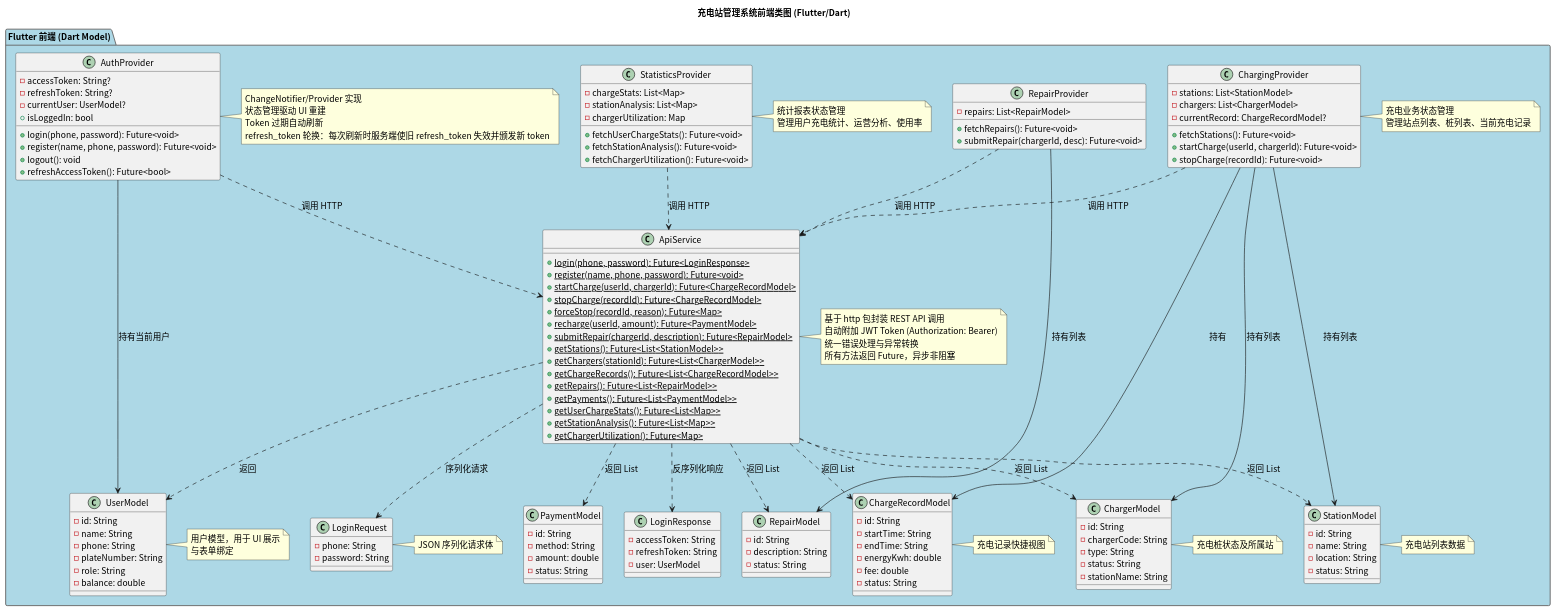
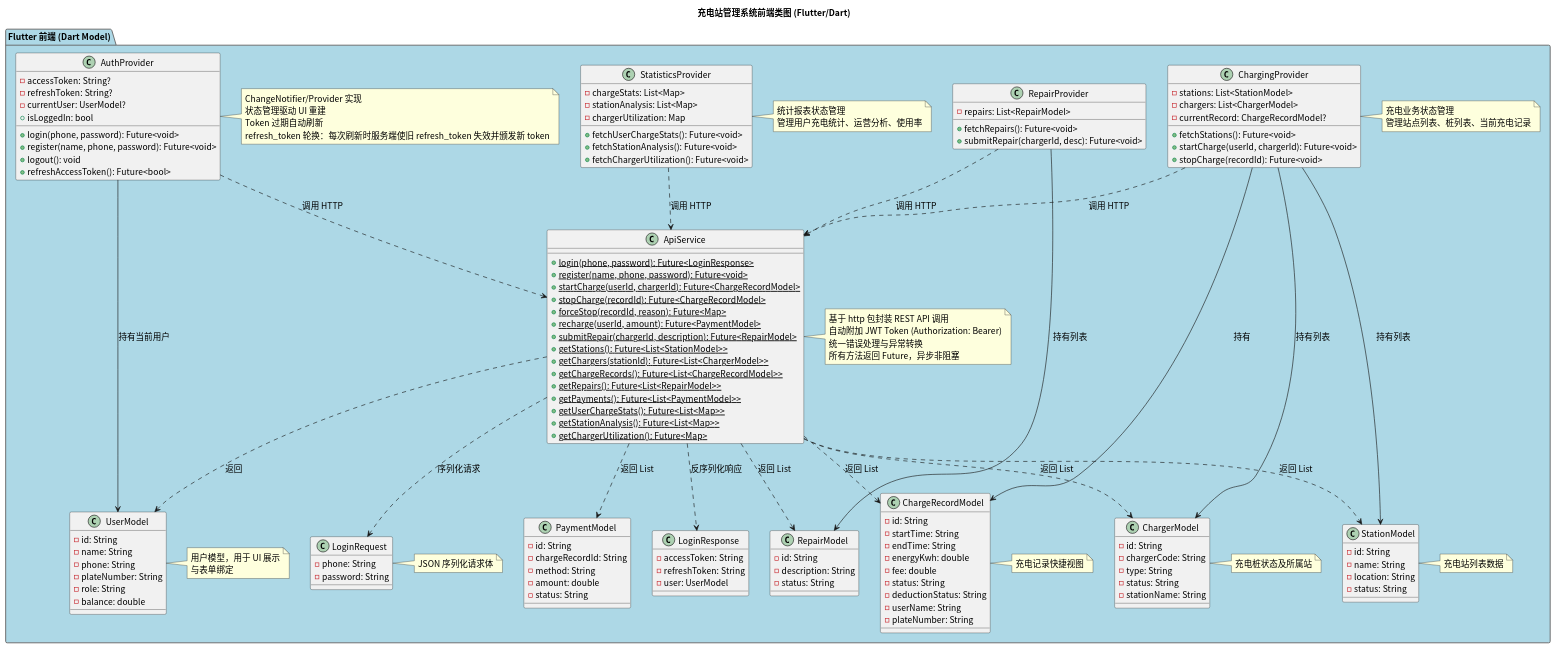
Before and after one commit to greenhandzdl/charging-station-doc: the diagram in class/src/frontend_class_diagram.puml, drawn with PlantUML. The commit also changed 30 other files, not shown here.

First line of the commit message:
fix: 架构评估修复 — 状态图/ER图/用例图修正、安全漏洞修复

```diff
--- a/class/src/frontend_class_diagram.puml
+++ b/class/src/frontend_class_diagram.puml
@@ -1,152 +1,156 @@
 @startuml
 skinparam defaultFontName "Noto Sans CJK SC"
 skinparam defaultFontSize 14
 title 充电站管理系统前端类图 (Flutter/Dart)
 skinparam package {
   BackgroundColor #F0F0F0
   BorderColor #666666
 }
 
 package "Flutter 前端 (Dart Model)" as FE #ADD8E6 {
 
   class "UserModel" as FUser {
     - id: String
     - name: String
     - phone: String
     - plateNumber: String
     - role: String
     - balance: double
   }
   note right of FUser : 用户模型，用于 UI 展示\n与表单绑定
 
   class "StationModel" as FStation {
     - id: String
     - name: String
     - location: String
     - status: String
   }
   note right of FStation : 充电站列表数据
 
   class "ChargerModel" as FCharger {
     - id: String
     - chargerCode: String
     - type: String
     - status: String
     - stationName: String
   }
   note right of FCharger : 充电桩状态及所属站
 
   class "ChargeRecordModel" as FCRecord {
     - id: String
     - startTime: String
     - endTime: String
     - energyKwh: double
     - fee: double
     - status: String
+    - deductionStatus: String
+    - userName: String
+    - plateNumber: String
   }
   note right of FCRecord : 充电记录快捷视图
 
   class "PaymentModel" as FPayment {
     - id: String
+    - chargeRecordId: String
     - method: String
     - amount: double
     - status: String
   }
 
   class "RepairModel" as FRepair {
     - id: String
     - description: String
     - status: String
   }
 
   class "LoginRequest" as LoginReq {
     - phone: String
     - password: String
   }
   note right of LoginReq : JSON 序列化请求体
 
   class "LoginResponse" as LoginResp {
     - accessToken: String
     - refreshToken: String
     - user: UserModel
   }
 
   class "ApiService" as Api {
     + {static} login(phone, password): Future<LoginResponse>
     + {static} register(name, phone, password): Future<void>
     + {static} startCharge(userId, chargerId): Future<ChargeRecordModel>
     + {static} stopCharge(recordId): Future<ChargeRecordModel>
     + {static} forceStop(recordId, reason): Future<Map>
     + {static} recharge(userId, amount): Future<PaymentModel>
     + {static} submitRepair(chargerId, description): Future<RepairModel>
     + {static} getStations(): Future<List<StationModel>>
     + {static} getChargers(stationId): Future<List<ChargerModel>>
     + {static} getChargeRecords(): Future<List<ChargeRecordModel>>
     + {static} getRepairs(): Future<List<RepairModel>>
     + {static} getPayments(): Future<List<PaymentModel>>
     + {static} getUserChargeStats(): Future<List<Map>>
     + {static} getStationAnalysis(): Future<List<Map>>
     + {static} getChargerUtilization(): Future<Map>
   }
   note right of Api : 基于 http 包封装 REST API 调用\n自动附加 JWT Token (Authorization: Bearer)\n统一错误处理与异常转换\n所有方法返回 Future，异步非阻塞
 
   class "AuthProvider" as Auth {
     - accessToken: String?
     - refreshToken: String?
     - currentUser: UserModel?
     + login(phone, password): Future<void>
     + register(name, phone, password): Future<void>
     + logout(): void
     + refreshAccessToken(): Future<bool>
     + isLoggedIn: bool
   }
   note right of Auth : ChangeNotifier/Provider 实现\n状态管理驱动 UI 重建\nToken 过期自动刷新\nrefresh_token 轮换：每次刷新时服务端使旧 refresh_token 失效并颁发新 token
 
   class "ChargingProvider" as CP {
     - stations: List<StationModel>
     - chargers: List<ChargerModel>
     - currentRecord: ChargeRecordModel?
     + fetchStations(): Future<void>
     + startCharge(userId, chargerId): Future<void>
     + stopCharge(recordId): Future<void>
   }
   note right of CP : 充电业务状态管理\n管理站点列表、桩列表、当前充电记录
 
   class "RepairProvider" as RP {
     - repairs: List<RepairModel>
     + fetchRepairs(): Future<void>
     + submitRepair(chargerId, desc): Future<void>
   }
 
   class "StatisticsProvider" as StatsP {
     - chargeStats: List<Map>
     - stationAnalysis: List<Map>
     - chargerUtilization: Map
     + fetchUserChargeStats(): Future<void>
     + fetchStationAnalysis(): Future<void>
     + fetchChargerUtilization(): Future<void>
   }
   note right of StatsP : 统计报表状态管理\n管理用户充电统计、运营分析、使用率
 }
 
 ' ===== 关联关系 =====
 Api ..> LoginReq : 序列化请求
 Api ..> LoginResp : 反序列化响应
 Api ..> FStation : 返回 List
 Api ..> FCharger : 返回 List
 Api ..> FUser : 返回
 Api ..> FCRecord : 返回 List
 Api ..> FPayment : 返回 List
 Api ..> FRepair : 返回 List
 
 Auth --> FUser : 持有当前用户
 Auth ..> Api : 调用 HTTP
 CP ..> Api : 调用 HTTP
 CP --> FStation : 持有列表
 CP --> FCharger : 持有列表
 CP --> FCRecord : 持有
 RP ..> Api : 调用 HTTP
 RP --> FRepair : 持有列表
 StatsP ..> Api : 调用 HTTP
 
 @enduml
```
